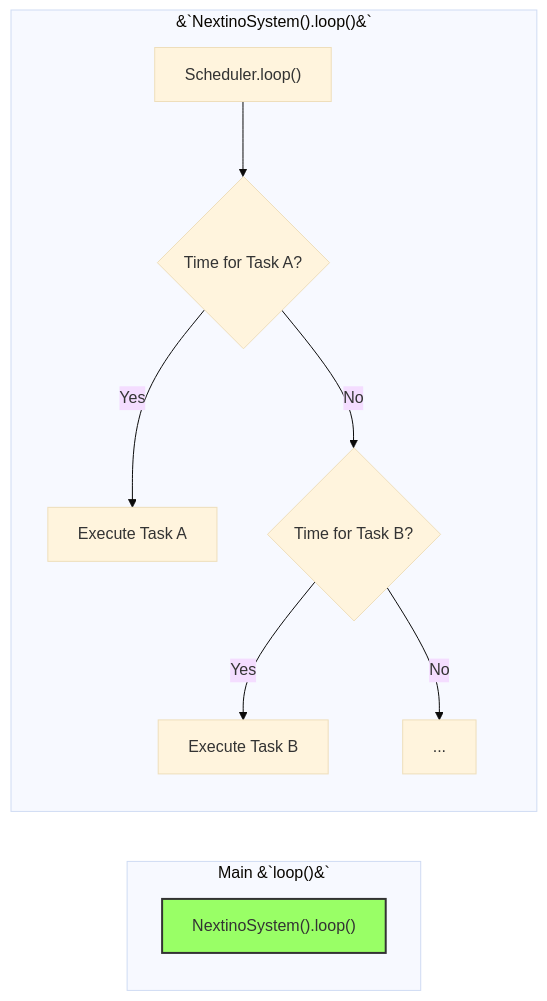
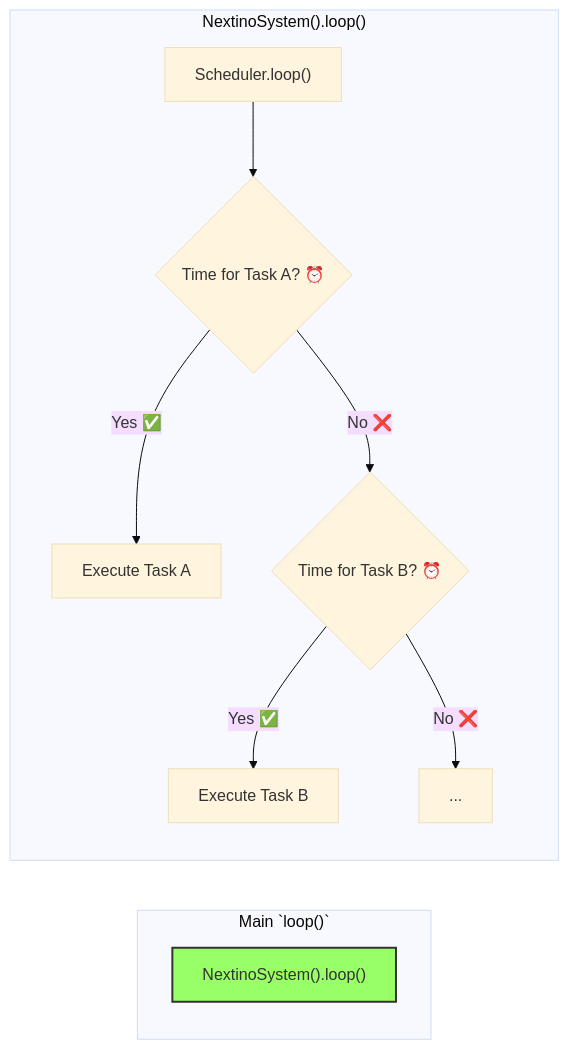
One commit to magradze/Nextino changed the diagram in docs/03-Core concepts/the-scheduler.md. Above: the diagram before and after it, drawn with Mermaid (base theme). The commit also changed other lines of this file and 73 other files, not shown here.

````diff
--- a/docs/03-Core concepts/the-scheduler.md
+++ b/docs/03-Core concepts/the-scheduler.md
@@ -39,16 +39,16 @@
 ```mermaid
 graph LR
-    subgraph "Main &#96;loop()&#96;"
+    subgraph "Main `loop()`"
         A["NextinoSystem().loop()"]
     end
 
-    subgraph "&#96;NextinoSystem().loop()&#96;"
-        B["Scheduler.loop()"] --> C{"Time for Task A?"};
-        C -- Yes --> D["Execute Task A"];
-        C -- No --> E{"Time for Task B?"};
-        E -- Yes --> F["Execute Task B"];
-        E -- No --> G["..."];
+    subgraph "`NextinoSystem().loop()`"
+        B["Scheduler.loop()"] --> C{"Time for Task A? ⏰"};
+        C -- Yes ✅ --> D["Execute Task A"];
+        C -- No ❌ --> E{"Time for Task B? ⏰"};
+        E -- Yes ✅ --> F["Execute Task B"];
+        E -- No ❌ --> G["..."];
     end
 
     style A fill:#9f6,stroke:#333,stroke-width:2px
 ```
````
